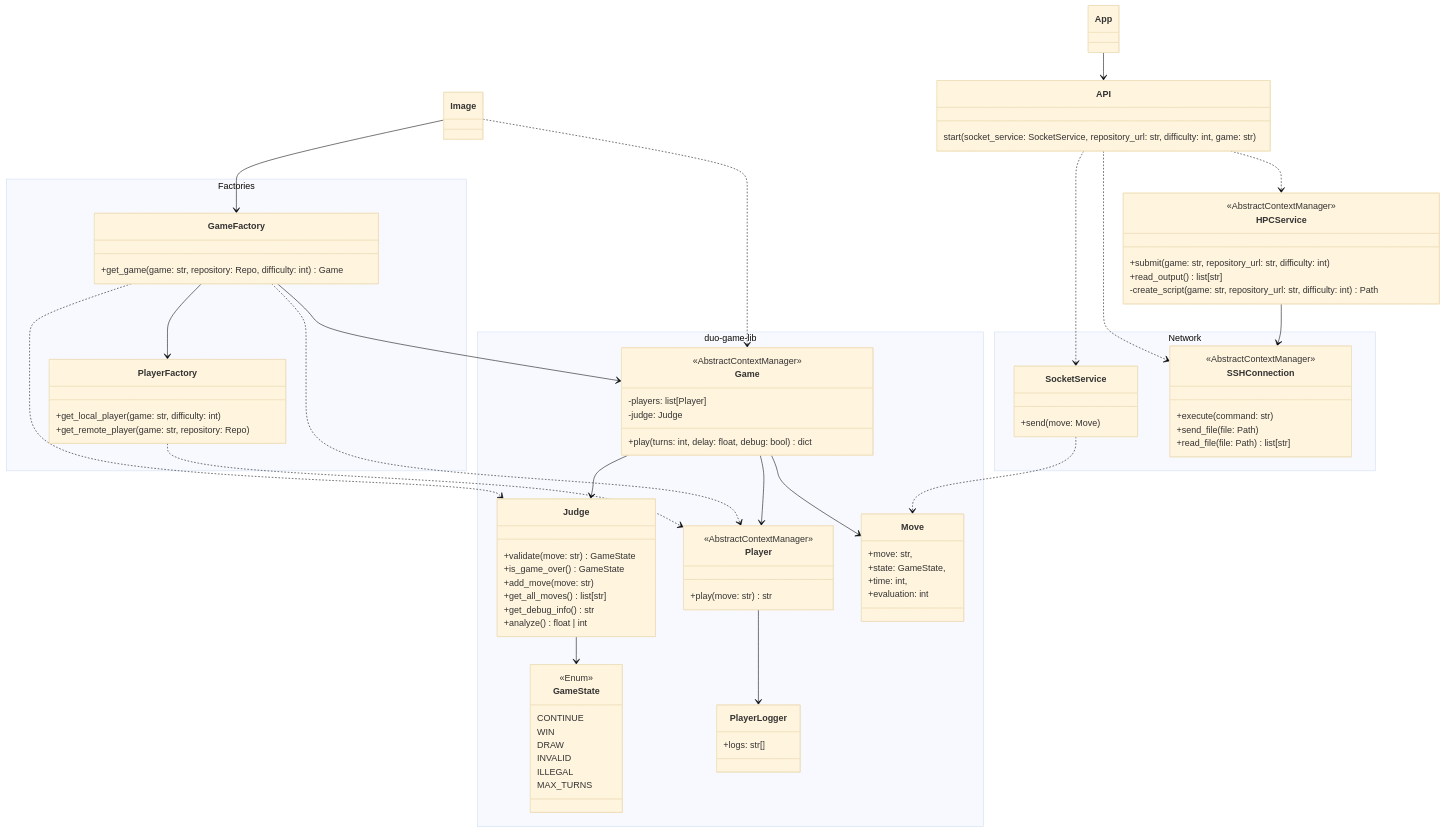
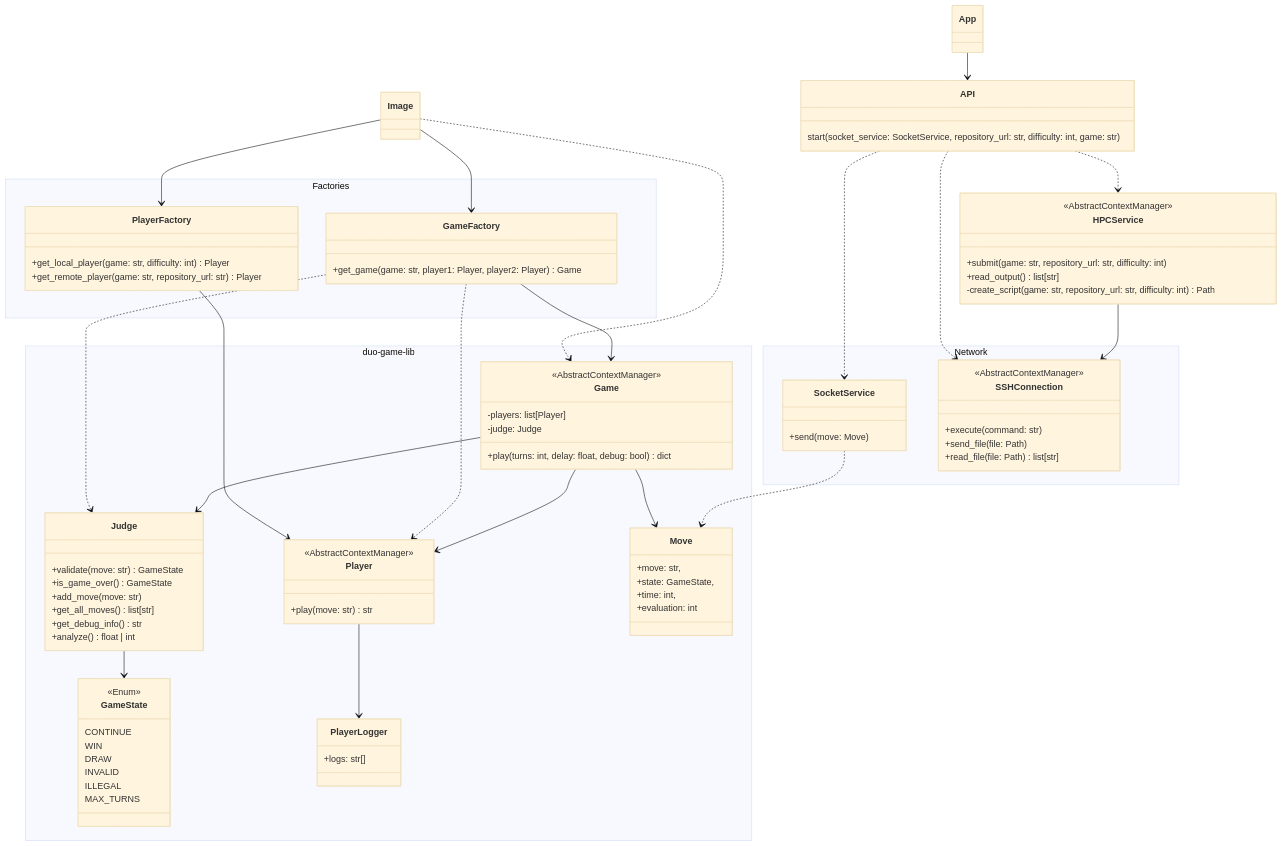
One commit to game-ai-platform-team/tira-ai-platform changed the third of 5 diagrams in docs/architecture.md. Above: the diagram before and after it, drawn with Mermaid (base theme).

Commit message:
docs(#119): Update documentation of factories

```diff
--- a/docs/architecture.md
+++ b/docs/architecture.md
@@ -130,9 +130,9 @@
 
 Image ..> Game
 Image --> GameFactory
-GameFactory --> PlayerFactory
+Image --> PlayerFactory
 
-PlayerFactory ..> Player
+PlayerFactory --> Player
 
 GameFactory ..> Judge
 GameFactory ..> Player
@@ -158,12 +158,12 @@
 
 namespace Factories {
     class GameFactory {
-        +get_game(game: str, repository: Repo, difficulty: int) Game
+        +get_game(game: str, player1: Player, player2: Player) Game
     }
 
     class PlayerFactory {
-        +get_local_player(game: str, difficulty: int)
-        +get_remote_player(game: str, repository: Repo)
+        +get_local_player(game: str, difficulty: int) Player
+        +get_remote_player(game: str, repository_url: str) Player
     }
 }
 
```
